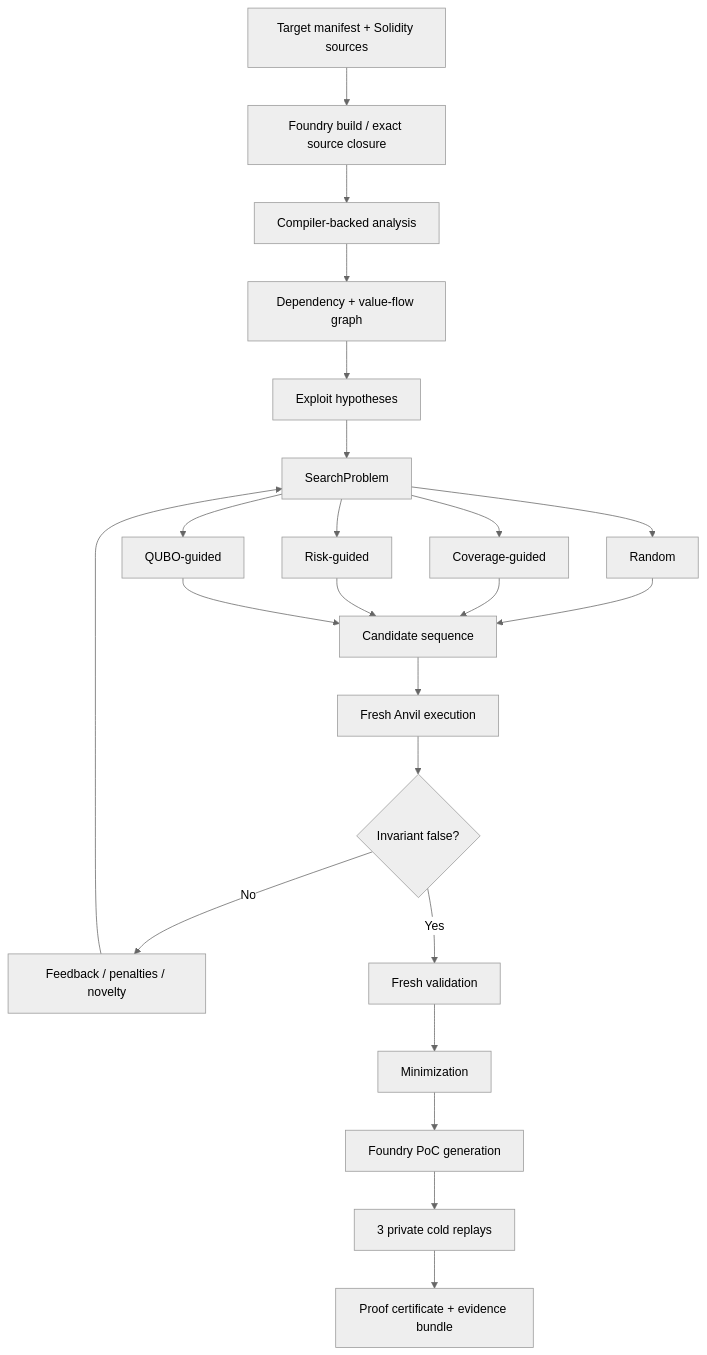
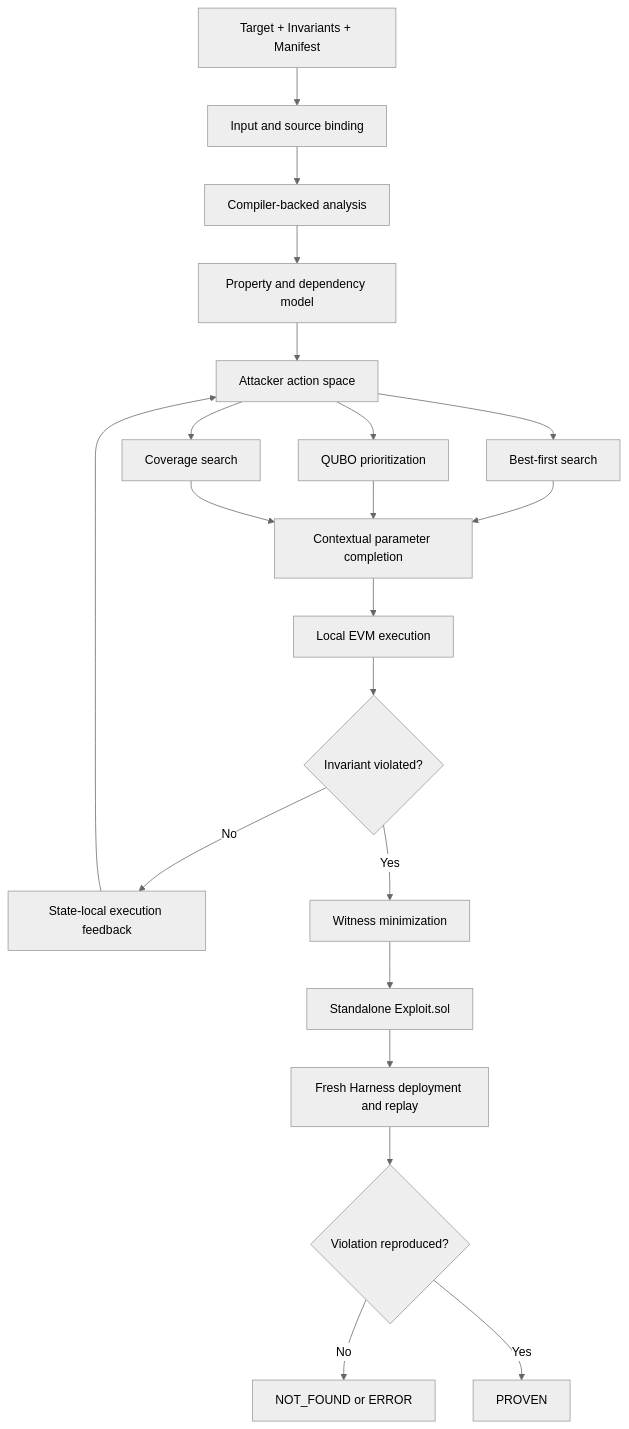
One commit to 5ubm4rin3/qprover changed the diagram in docs/ARCHITECTURE.md. Above: the diagram before and after it, drawn with Mermaid (neutral theme). The commit also changed other lines of this file and 8 other files, not shown here.

````diff
--- a/docs/ARCHITECTURE.md
+++ b/docs/ARCHITECTURE.md
@@ -18,25 +19,23 @@
 ```mermaid
 flowchart TD
-    A[Target manifest + Solidity sources] --> B[Foundry build / exact source closure]
+    A[Target + Invariants + Manifest] --> B[Input and source binding]
     B --> C[Compiler-backed analysis]
-    C --> D[Dependency + value-flow graph]
-    D --> E[Exploit hypotheses]
-    E --> F[SearchProblem]
-    F --> G1[Random]
-    F --> G2[Coverage-guided]
-    F --> G3[Risk-guided]
-    F --> G4[QUBO-guided]
-    G1 --> H[Candidate sequence]
-    G2 --> H
-    G3 --> H
-    G4 --> H
-    H --> I[Fresh Anvil execution]
-    I --> J{Invariant false?}
-    J -- No --> K[Feedback / penalties / novelty]
-    K --> F
-    J -- Yes --> L[Fresh validation]
-    L --> M[Minimization]
-    M --> N[Foundry PoC generation]
-    N --> O[3 private cold replays]
-    O --> P[Proof certificate + evidence bundle]
+    C --> D[Property and dependency model]
+    D --> E[Attacker action space]
+    E --> F1[Best-first search]
+    E --> F2[QUBO prioritization]
+    E --> F3[Coverage search]
+    F1 --> G[Contextual parameter completion]
+    F2 --> G
+    F3 --> G
+    G --> H[Local EVM execution]
+    H --> I{Invariant violated?}
+    I -- No --> J[State-local execution feedback]
+    J --> E
+    I -- Yes --> K[Witness minimization]
+    K --> L[Standalone Exploit.sol]
+    L --> M[Fresh Harness deployment and replay]
+    M --> N{Violation reproduced?}
+    N -- No --> O[NOT_FOUND or ERROR]
+    N -- Yes --> P[PROVEN]
 ```
````
